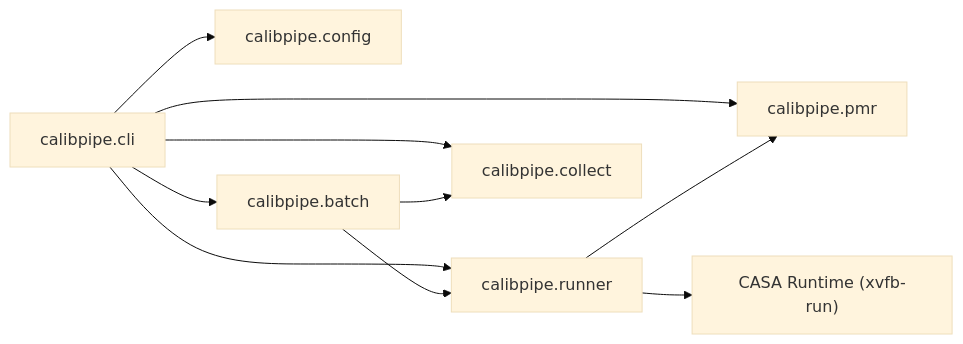
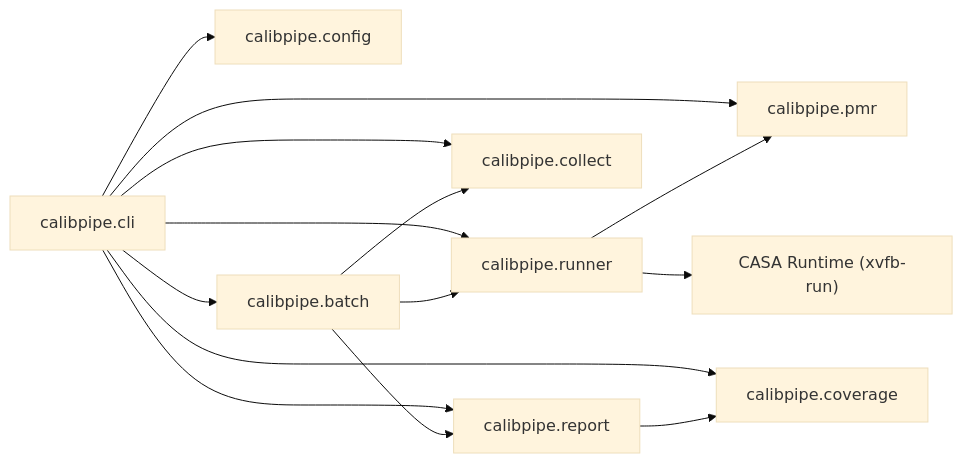
Before and after one commit to ra-pipeline/calibpipe: the diagram in docs/api/index.md, drawn with Mermaid (base theme). The commit also changed other lines of this file and 18 other files, not shown here.

First line of the commit message:
feat: add generic test collection, batch throttling, and coverage reporting

````diff
--- a/docs/api/index.md
+++ b/docs/api/index.md
@@ -20,12 +22,16 @@
 ```mermaid
 flowchart LR
     CLI["calibpipe.cli"] --> Config["calibpipe.config"]
     CLI --> Runner["calibpipe.runner"]
     CLI --> Batch["calibpipe.batch"]
     CLI --> Collect["calibpipe.collect"]
+    CLI --> Coverage["calibpipe.coverage"]
+    CLI --> Report["calibpipe.report"]
     CLI --> PMR["calibpipe.pmr"]
     Batch --> Collect
     Batch --> Runner
+    Batch --> Report
+    Report --> Coverage
     Runner --> PMR
     Runner --> CASA["CASA Runtime (xvfb-run)"]
 ```
````
